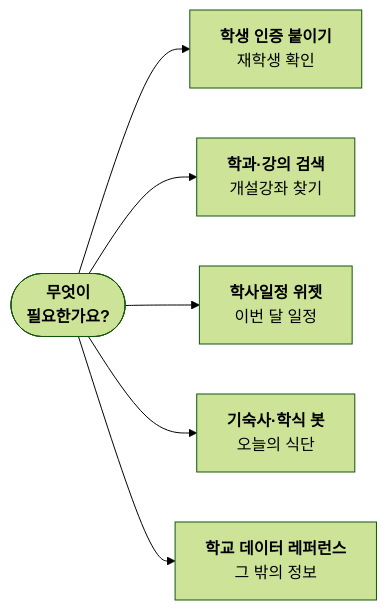
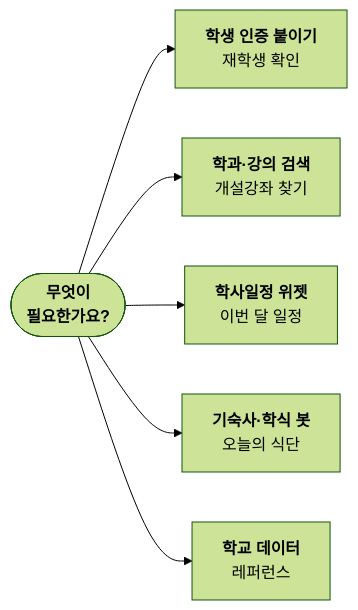
One commit to Cassiiopeia/pro-sejong-auth changed the diagram in docs/assets/diagrams/choose.ko.mmd. Above: the diagram before and after it, drawn with Mermaid (forest theme). The commit also changed 11 other files, not shown here.

Commit message:
README와 사이트를 읽기 편하게 정돈하고 플로우차트를 추가 : docs : 차트 글자 크기와 좁은 화면 배치, 표 최소 폭, 안내 상자 색, FAQ·개설강좌 한눈 요약을 다듬기 https://github.com/Cassiiopeia/pro-sejongpeia/issues/148

```diff
--- a/docs/assets/diagrams/choose.ko.mmd
+++ b/docs/assets/diagrams/choose.ko.mmd
@@ -1,18 +1,18 @@
 %% alt: 필요한 것에 따라 읽을 문서를 고른다. 학생 인증, 강의 검색, 학사일정, 기숙사와 학식, 그 밖의 학교 데이터
 flowchart LR
   need(["<b>무엇이<br/>필요한가요?</b>"]):::soft
   verify["<b>학생 인증 붙이기</b><br/>재학생 확인"]:::neutral
   lectures["<b>학과·강의 검색</b><br/>개설강좌 찾기"]:::neutral
   calendar["<b>학사일정 위젯</b><br/>이번 달 일정"]:::neutral
   dining["<b>기숙사·학식 봇</b><br/>오늘의 식단"]:::neutral
-  data["<b>학교 데이터 레퍼런스</b><br/>그 밖의 정보"]:::neutral
+  data["<b>학교 데이터</b><br/>레퍼런스"]:::neutral
   need --> verify
   need --> lectures
   need --> calendar
   need --> dining
   need --> data
   click verify "{{site:/guides/student-verification/}}"
   click lectures "{{site:/guides/department-lecture-search/}}"
   click calendar "{{site:/guides/academic-calendar/}}"
   click dining "{{site:/guides/dormitory-cafeteria-bot/}}"
   click data "{{site:/data/overview/}}"
```
